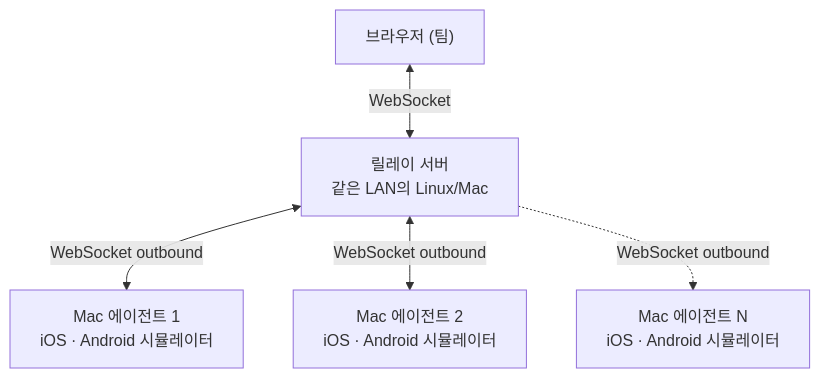
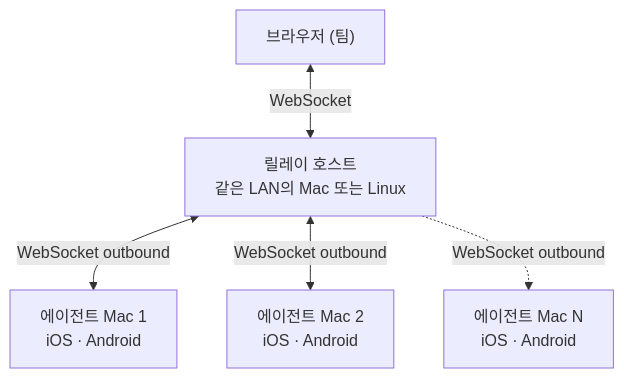
The second of 2 diagrams in docs/ko/get-started/introduction.md (ahmed0elseginy/tapflow), drawn with Mermaid before and after one commit. The commit also changed other lines of this file and 8 other files, not shown here.

````diff
--- a/docs/ko/get-started/introduction.md
+++ b/docs/ko/get-started/introduction.md
@@ -24,13 +60,13 @@
 ```mermaid
 flowchart TD
     B["브라우저 (팀)"]
-    R["릴레이 서버<br/>같은 LAN의 Linux/Mac"]
-    A1["Mac 에이전트 1<br/>iOS · Android 시뮬레이터"]
-    A2["Mac 에이전트 2<br/>iOS · Android 시뮬레이터"]
-    More["Mac 에이전트 N<br/>iOS · Android 시뮬레이터"]
+    R["릴레이 호스트<br/>같은 LAN의 Mac 또는 Linux"]
+    A1["에이전트 Mac 1<br/>iOS · Android"]
+    A2["에이전트 Mac 2<br/>iOS · Android"]
+    More["에이전트 Mac N<br/>iOS · Android"]
 
     B <-->|WebSocket| R
     R <-->|WebSocket outbound| A1
     R <-->|WebSocket outbound| A2
     R -.->|WebSocket outbound| More
 ```
````
